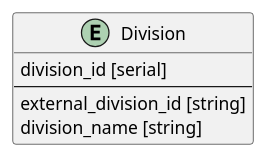
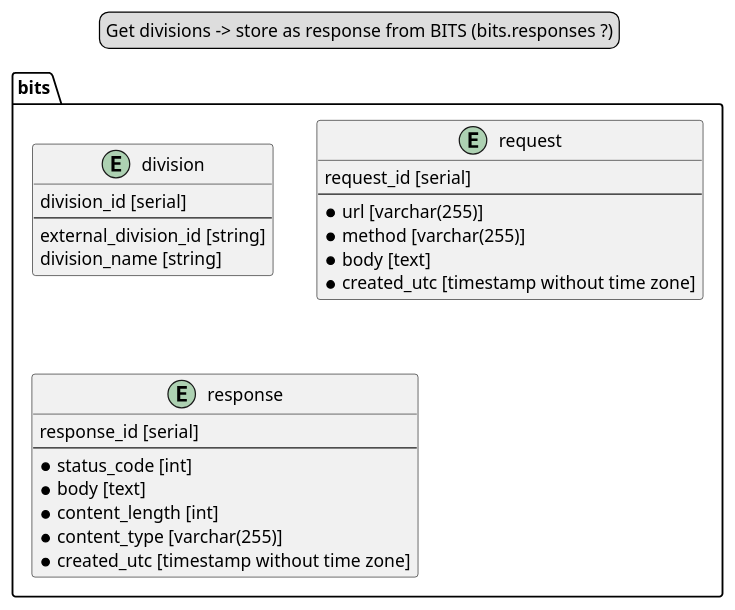
The diagram in SportBowling/Tool/Database.plantuml (dlidstrom/Snittlistan), drawn with PlantUML before and after one commit. The commit also changed 9 other files, not shown here.

```diff
--- a/SportBowling/Tool/Database.plantuml
+++ b/SportBowling/Tool/Database.plantuml
@@ -1,10 +1,35 @@
 @startuml Database
 
-entity Division {
-    division_id [serial]
-    --
-    external_division_id [string]
-    division_name [string]
+legend top
+Get divisions -> store as response from BITS (bits.responses ?)
+end legend
+
+package bits {
+    entity division {
+        division_id [serial]
+        --
+        external_division_id [string]
+        division_name [string]
+    }
+
+    entity request {
+        request_id [serial]
+        --
+        * url [varchar(255)]
+        * method [varchar(255)]
+        * body [text]
+        * created_utc [timestamp without time zone]
+    }
+
+    entity response {
+        response_id [serial]
+        --
+        * status_code [int]
+        * body [text]
+        * content_length [int]
+        * content_type [varchar(255)]
+        * created_utc [timestamp without time zone]
+    }
 }
 
 @enduml
```
